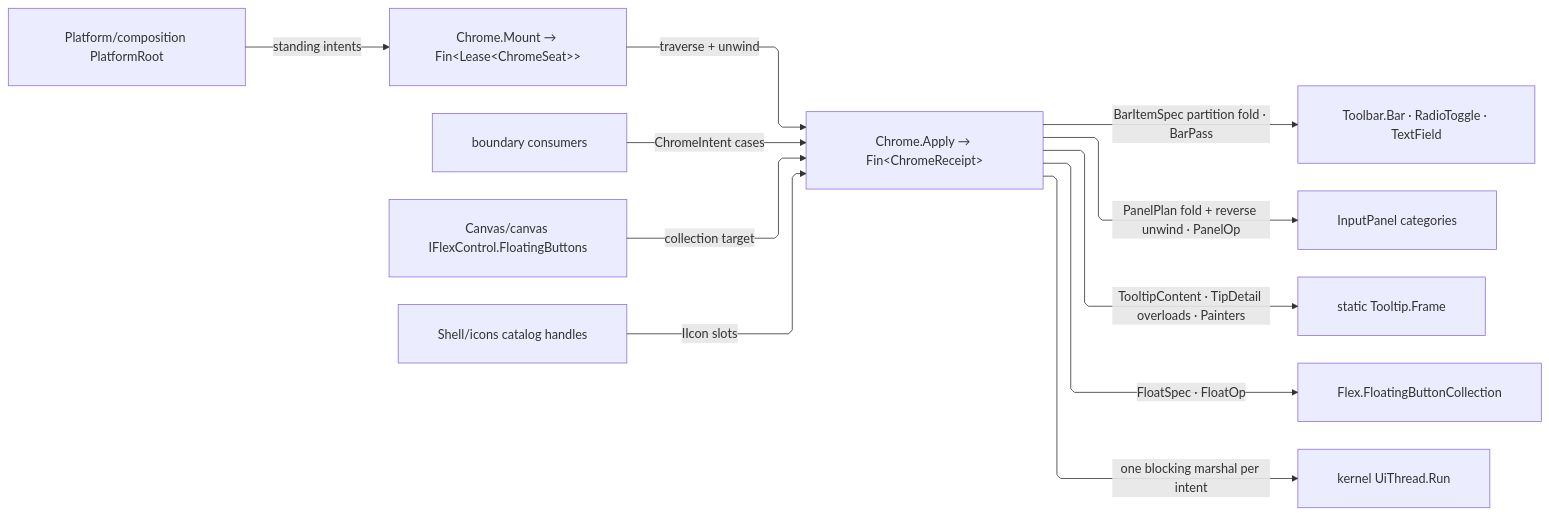
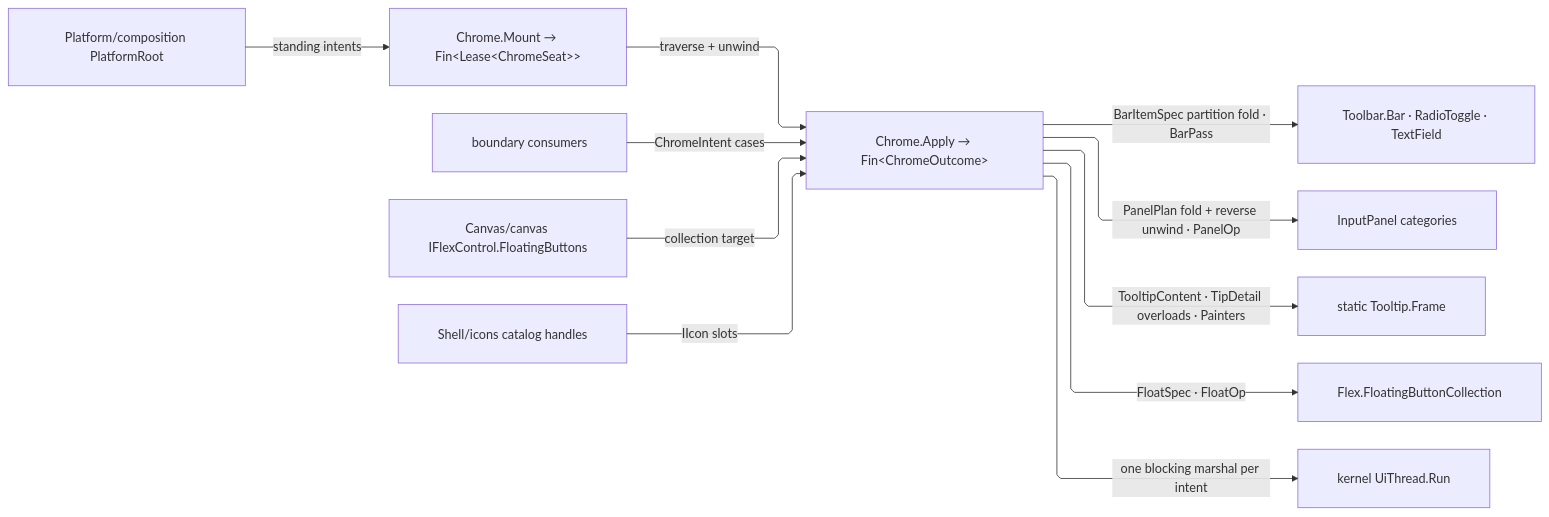
Before and after one commit to bsamiee/Rasm: the diagram in libs/dotnet/Rasm.Grasshopper/.planning/Shell/chrome.md, drawn with Mermaid. The commit also changed other lines of this file and 1417 other files, not shown here.

````diff
--- a/libs/dotnet/Rasm.Grasshopper/.planning/Shell/chrome.md
+++ b/libs/dotnet/Rasm.Grasshopper/.planning/Shell/chrome.md
@@ -423,22 +423,22 @@
 ```mermaid
 ---
 config:
   layout: elk
   flowchart:
     curve: linear
     padding: 25
 ---
 flowchart LR
     accTitle: One chrome gate settles every family
     accDescr: Boundary consumers and the canvas float collection enter one Chrome.Apply gate that folds bar items, panel plans, tooltip content, and float verbs onto their GH2 chrome hosts; the composition root mounts the standing set as one unwindable leased traverse; every settlement marshals through the kernel UiThread.
     Root["Platform/composition PlatformRoot"] -->|standing intents| Mount["Chrome.Mount → Fin&lt;Lease&lt;ChromeSeat&gt;&gt;"]
-    Mount -->|traverse + unwind| Gate["Chrome.Apply → Fin&lt;ChromeReceipt&gt;"]
+    Mount -->|traverse + unwind| Gate["Chrome.Apply → Fin&lt;ChromeOutcome&gt;"]
     Consumer["boundary consumers"] -->|ChromeIntent cases| Gate
     CanvasPage["Canvas/canvas IFlexControl.FloatingButtons"] -->|collection target| Gate
     Gate -->|BarItemSpec partition fold · BarPass| Bars["Toolbar.Bar · RadioToggle · TextField"]
     Gate -->|PanelPlan fold + reverse unwind · PanelOp| Panel["InputPanel categories"]
     Gate -->|TooltipContent · TipDetail overloads · Painters| Tip["static Tooltip.Frame"]
     Gate -->|FloatSpec · FloatOp| Floats["Flex.FloatingButtonCollection"]
     Icons["Shell/icons catalog handles"] -->|IIcon slots| Gate
     Gate -->|one blocking marshal per intent| Dispatch["kernel UiThread.Run"]
 ```
````
